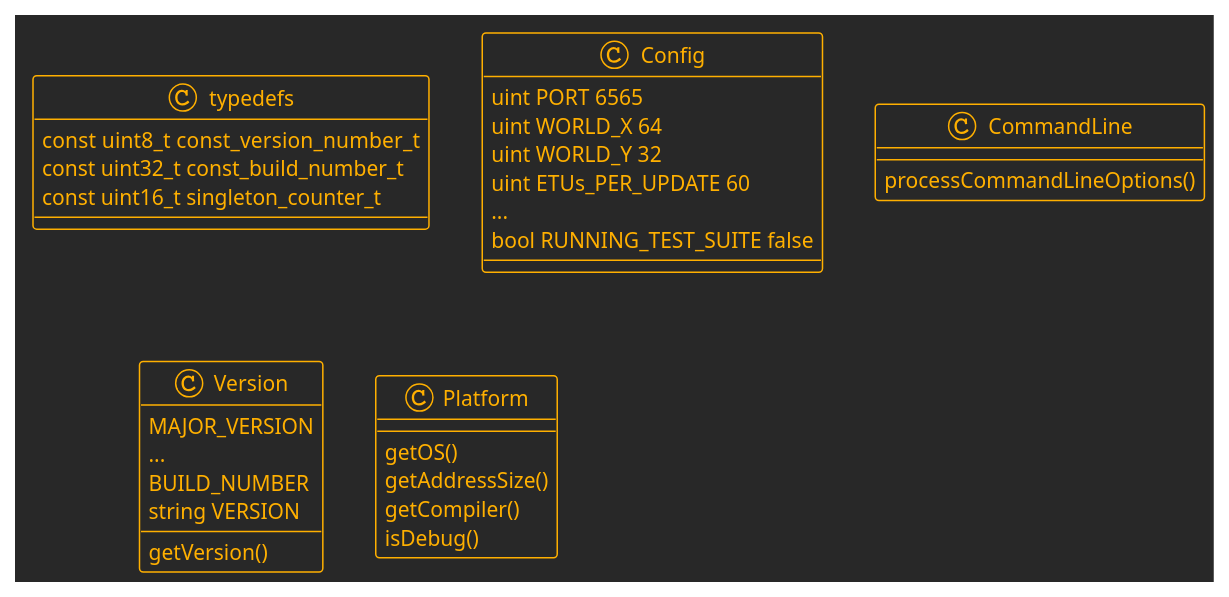
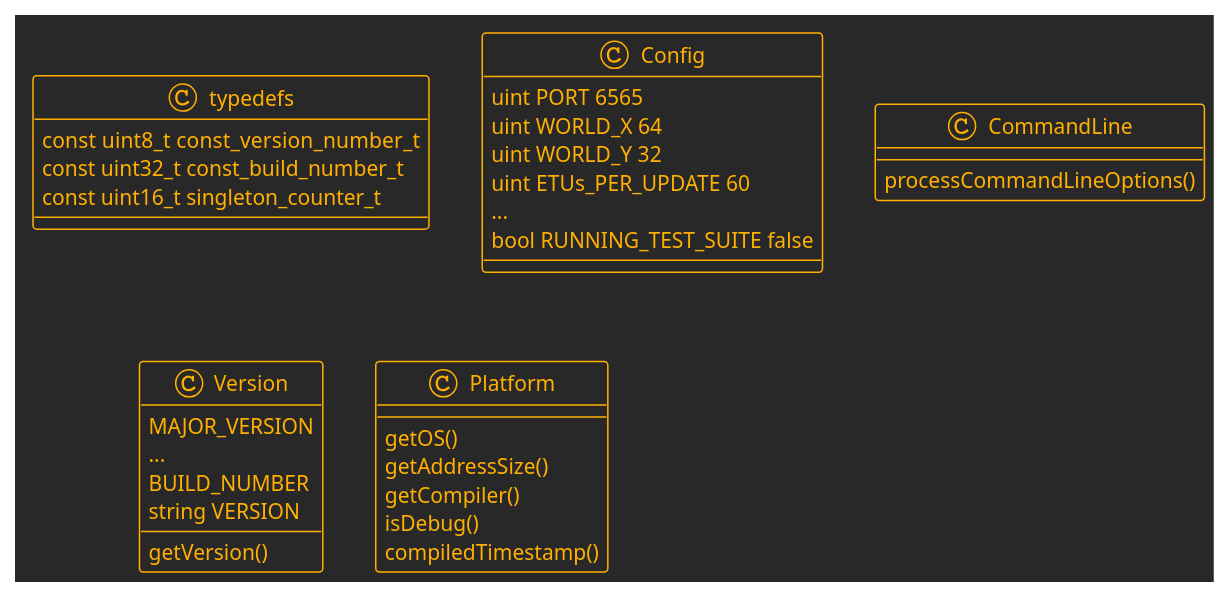
The fourth of 11 diagrams in API_DESIGN.md (marknelsonengineer/empire), drawn with PlantUML before and after one commit. The commit also changed other lines of this file and 5 other files, not shown here.

```diff
--- a/API_DESIGN.md
+++ b/API_DESIGN.md
@@ -134,39 +189,40 @@
 @startuml
 !theme crt-amber
 
 class typedefs {
   const uint8_t  const_version_number_t
   const uint32_t const_build_number_t
   const uint16_t singleton_counter_t
 }
 
 class Config {
   uint PORT 6565
   uint WORLD_X 64
   uint WORLD_Y 32
   uint ETUs_PER_UPDATE 60
   ...
   bool RUNNING_TEST_SUITE false
 }
 
 class CommandLine {
   processCommandLineOptions()
 }
 
 class Version {
   MAJOR_VERSION
   ...
   BUILD_NUMBER
   string VERSION
 
   getVersion()
 }
 
 class Platform {
   getOS()
   getAddressSize()
   getCompiler()
   isDebug()
+  compiledTimestamp()
 }
 
 @enduml
```
